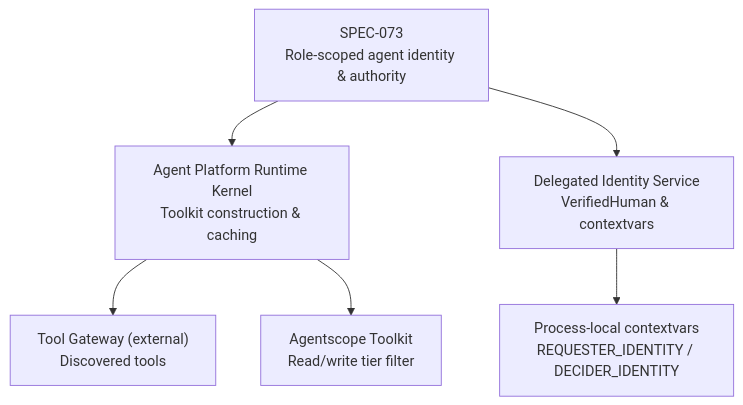
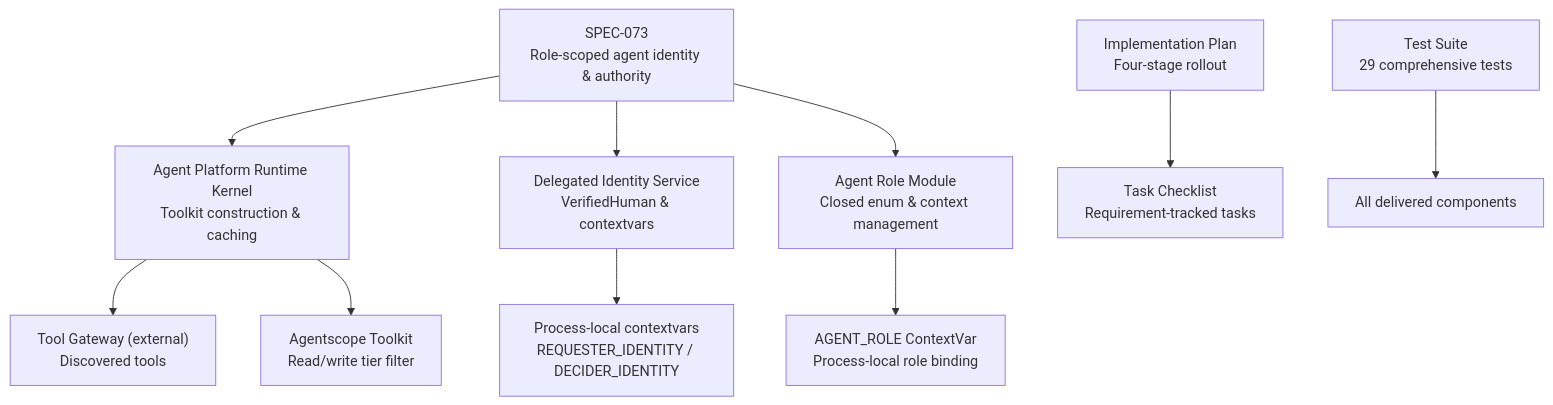
One commit to metasync/luban-aiops changed the first of 7 diagrams in .qoder/repowiki/en/content/Shared Contracts/SPEC-073_ Role-Scoped Agent Identity and Authority.md. Above: the diagram before and after it, drawn with Mermaid. The commit also changed other lines of this file and 22 other files, not shown here.

````diff
--- a/.qoder/repowiki/en/content/Shared Contracts/SPEC-073_ Role-Scoped Agent Identity and Authority.md
+++ b/.qoder/repowiki/en/content/Shared Contracts/SPEC-073_ Role-Scoped Agent Identity and Authority.md
@@ -40,8 +59,12 @@
 ```mermaid
 graph TB
 Spec["SPEC-073<br/>Role-scoped agent identity & authority"] --> Kernel["Agent Platform Runtime Kernel<br/>Toolkit construction & caching"]
 Spec --> Identity["Delegated Identity Service<br/>VerifiedHuman & contextvars"]
+Spec --> RoleModule["Agent Role Module<br/>Closed enum & context management"]
+Plan["Implementation Plan<br/>Four-stage rollout"] --> Tasks["Task Checklist<br/>Requirement-tracked tasks"]
 Kernel --> Gateway["Tool Gateway (external)<br/>Discovered tools"]
 Kernel --> Toolkit["Agentscope Toolkit<br/>Read/write tier filter"]
 Identity --> ContextVars["Process-local contextvars<br/>REQUESTER_IDENTITY / DECIDER_IDENTITY"]
+RoleModule --> RoleContext["AGENT_ROLE ContextVar<br/>Process-local role binding"]
+TestSuite["Test Suite<br/>29 comprehensive tests"] --> AllComponents["All delivered components"]
 ```
````
